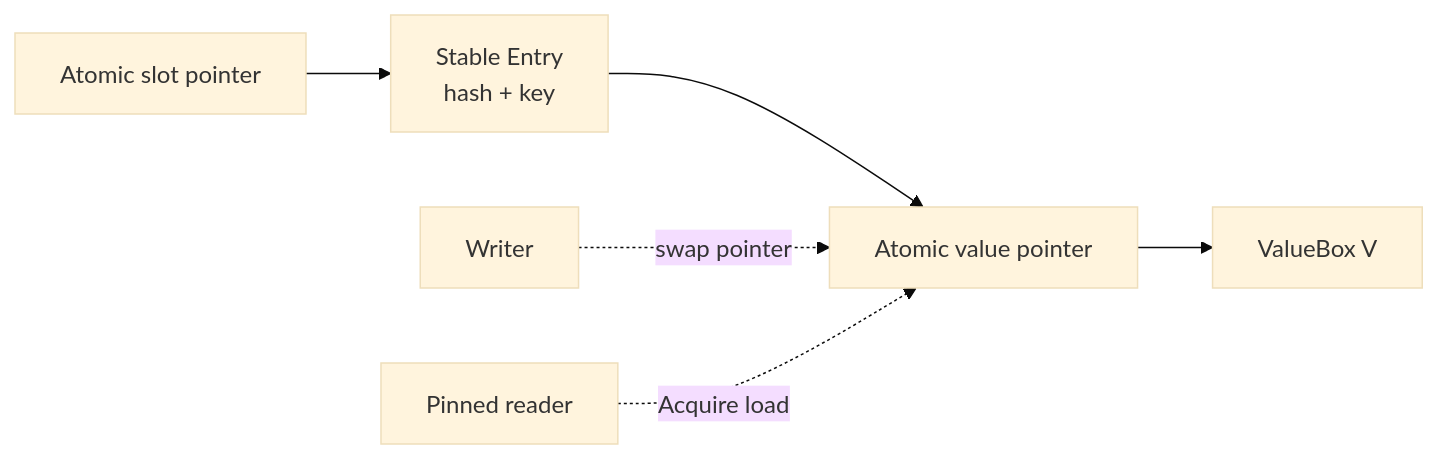
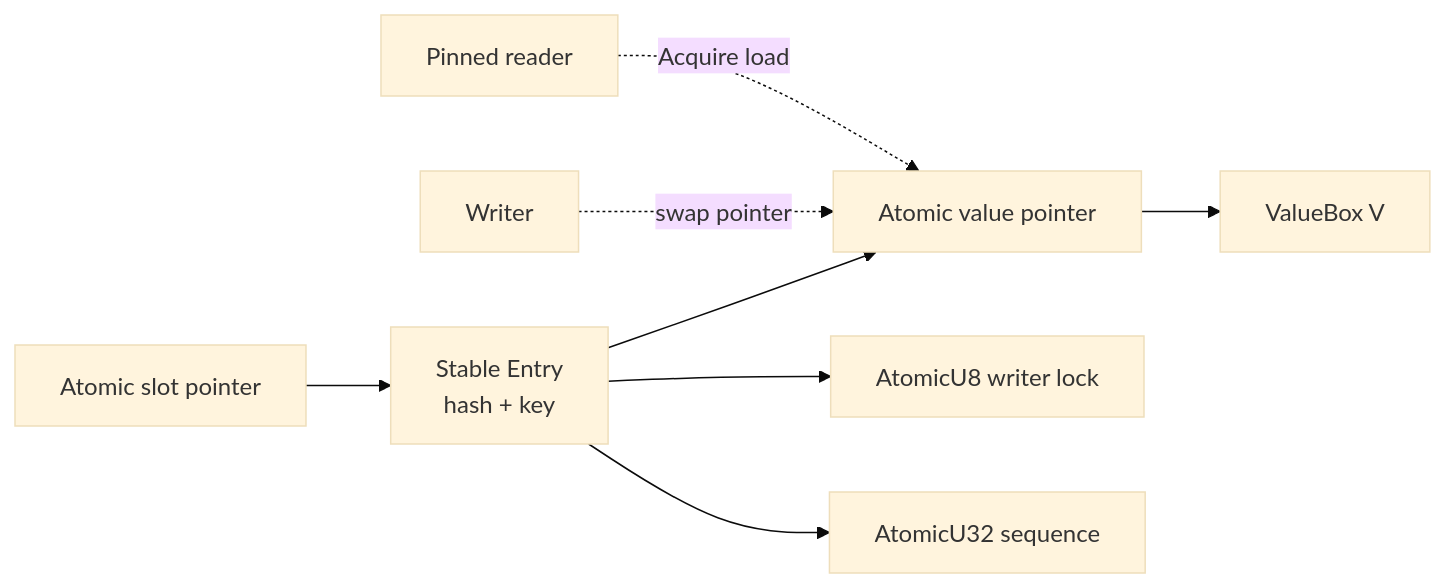
Before and after one commit to Rana718/portfolio: the second of 16 diagrams in src/content/blogs/custom-concurrent-hashmap-rust.mdx, drawn with Mermaid (base theme). The commit also changed other lines of this file, not shown here.

````diff
--- a/src/content/blogs/custom-concurrent-hashmap-rust.mdx
+++ b/src/content/blogs/custom-concurrent-hashmap-rust.mdx
@@ -95,8 +97,10 @@
 ```mermaid
 flowchart LR
     SLOT["Atomic slot pointer"] --> ENTRY["Stable Entry<br/>hash + key"]
     ENTRY --> VALUE["Atomic value pointer"]
+    ENTRY --> LOCK["AtomicU8 writer lock"]
+    ENTRY --> SEQ["AtomicU32 sequence"]
     VALUE --> V1["ValueBox V"]
     WRITER["Writer"] -. "swap pointer" .-> VALUE
     READER["Pinned reader"] -. "Acquire load" .-> VALUE
 ```
````
